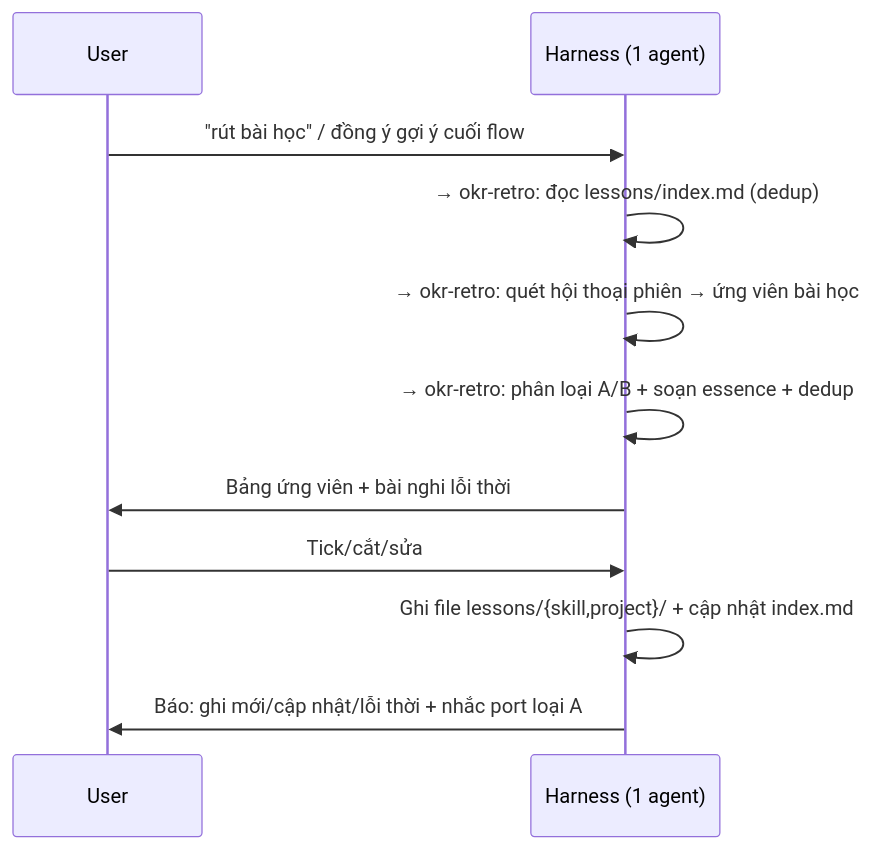
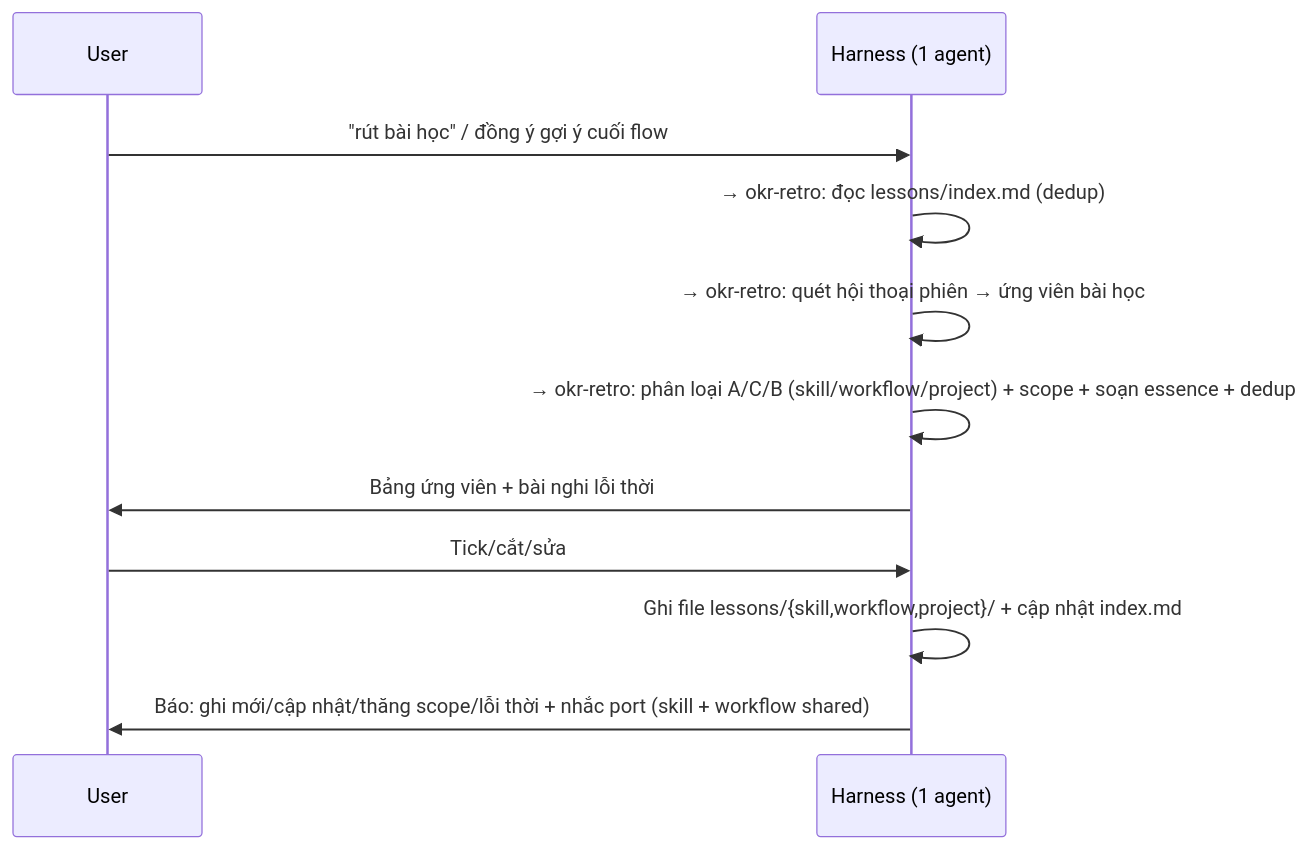
One commit to hoangvantuan/objective-kit changed the seventh of 7 diagrams in skills/okr-harness/references/flows.md. Above: the diagram before and after it, drawn with Mermaid. The commit also changed other lines of this file and 4 other files, not shown here.

Commit message:
feat(okr-harness): mo ta 3 loai retro + output schema scope/promoted + reachability workflow (Dot 16)

````diff
--- a/skills/okr-harness/references/flows.md
+++ b/skills/okr-harness/references/flows.md
@@ -125,14 +125,14 @@
 ```mermaid
 sequenceDiagram
     participant U as User
     participant H as Harness (1 agent)
 
     U->>H: "rút bài học" / đồng ý gợi ý cuối flow
     H->>H: → okr-retro: đọc lessons/index.md (dedup)
     H->>H: → okr-retro: quét hội thoại phiên → ứng viên bài học
-    H->>H: → okr-retro: phân loại A/B + soạn essence + dedup
+    H->>H: → okr-retro: phân loại A/C/B (skill/workflow/project) + scope + soạn essence + dedup
     H->>U: Bảng ứng viên + bài nghi lỗi thời
     U->>H: Tick/cắt/sửa
-    H->>H: Ghi file lessons/{skill,project}/ + cập nhật index.md
-    H->>U: Báo: ghi mới/cập nhật/lỗi thời + nhắc port loại A
+    H->>H: Ghi file lessons/{skill,workflow,project}/ + cập nhật index.md
+    H->>U: Báo: ghi mới/cập nhật/thăng scope/lỗi thời + nhắc port (skill + workflow shared)
 ```
````
